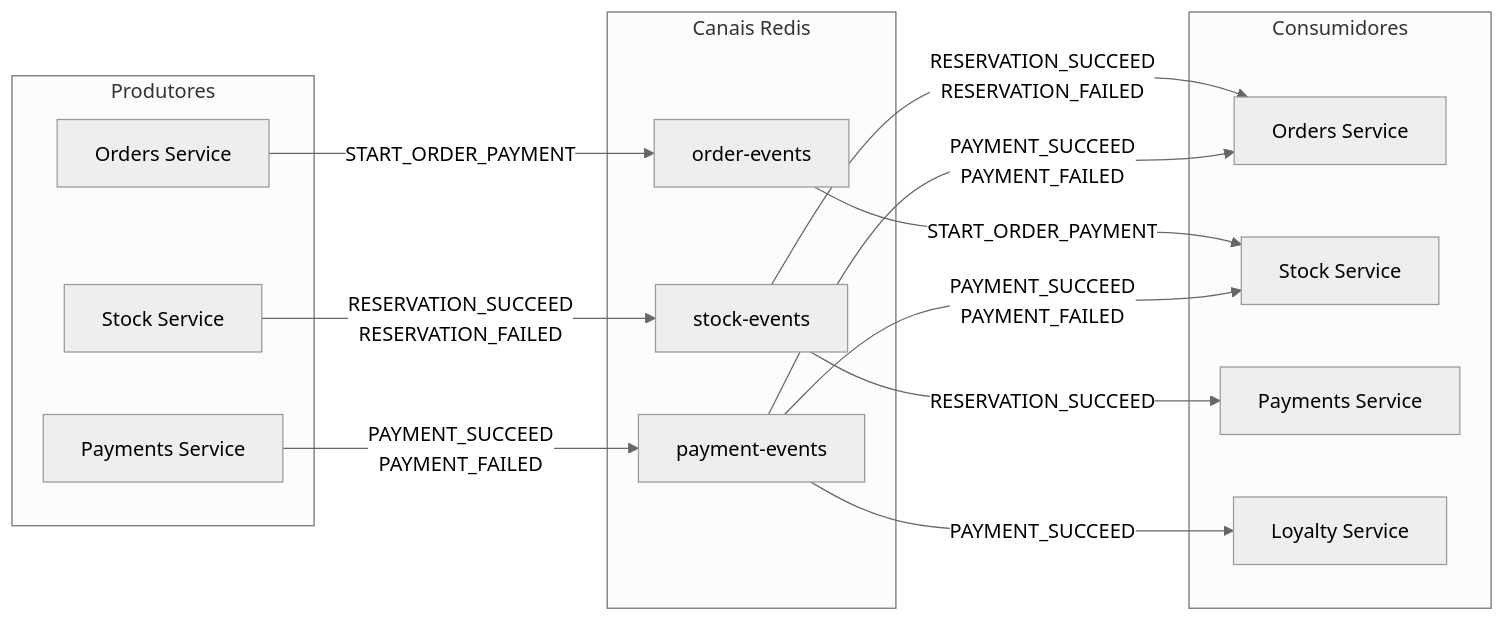
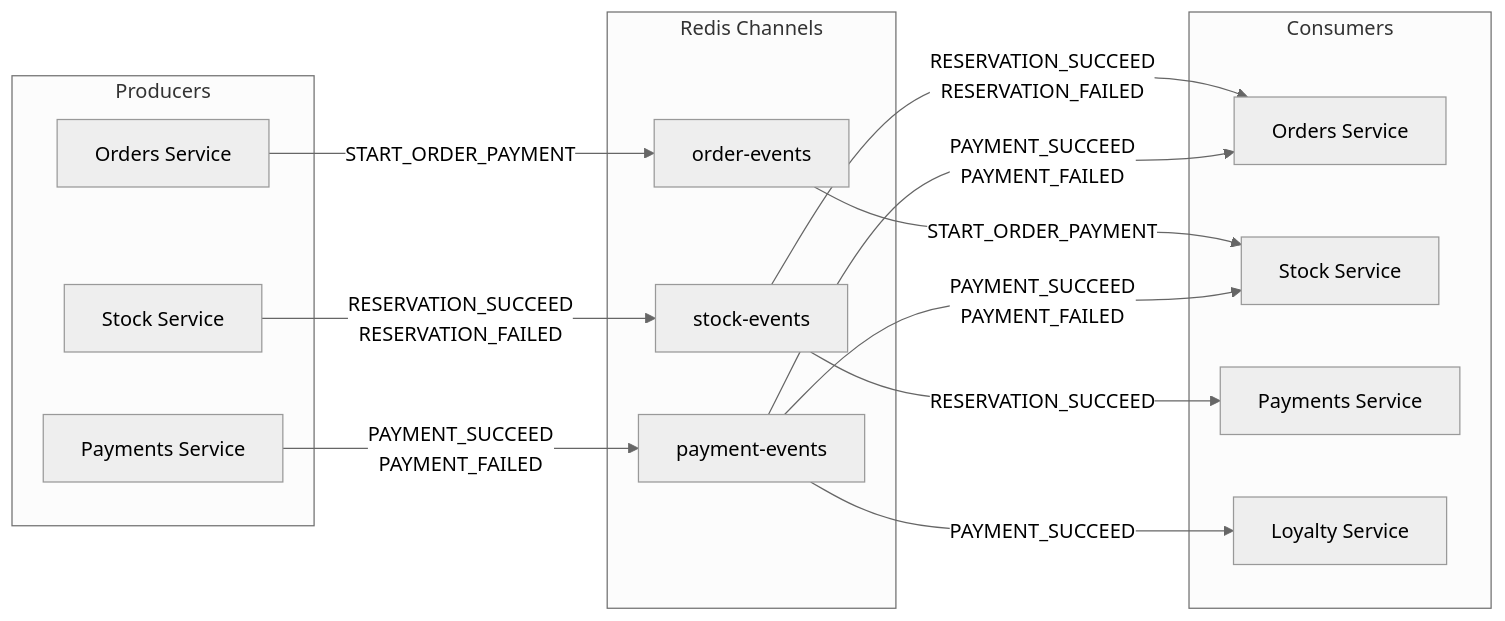
The second of 3 diagrams in choreographed-saga/@docs/choreographed-saga-flow.md (DevVictor19/microservices-saga-pattern), drawn with Mermaid (neutral theme) before and after one commit. The commit also changed other lines of this file and 2 other files, not shown here.

````diff
--- a/choreographed-saga/@docs/choreographed-saga-flow.md
+++ b/choreographed-saga/@docs/choreographed-saga-flow.md
@@ -150,32 +150,32 @@
 ```mermaid
 flowchart LR
-    subgraph Producers["Produtores"]
+    subgraph Producers["Producers"]
         O[Orders Service]
         S[Stock Service]
         P[Payments Service]
     end
 
-    subgraph Channels["Canais Redis"]
+    subgraph Channels["Redis Channels"]
         OE[order-events]
         SE[stock-events]
         PE[payment-events]
     end
 
-    subgraph Consumers["Consumidores"]
+    subgraph Consumers["Consumers"]
         O2[Orders Service]
         S2[Stock Service]
         P2[Payments Service]
         L[Loyalty Service]
     end
 
     O -->|START_ORDER_PAYMENT| OE
     S -->|RESERVATION_SUCCEED<br/>RESERVATION_FAILED| SE
     P -->|PAYMENT_SUCCEED<br/>PAYMENT_FAILED| PE
 
     OE -->|START_ORDER_PAYMENT| S2
     SE -->|RESERVATION_SUCCEED<br/>RESERVATION_FAILED| O2
     SE -->|RESERVATION_SUCCEED| P2
     PE -->|PAYMENT_SUCCEED<br/>PAYMENT_FAILED| O2
     PE -->|PAYMENT_SUCCEED<br/>PAYMENT_FAILED| S2
     PE -->|PAYMENT_SUCCEED| L
 ```
````
